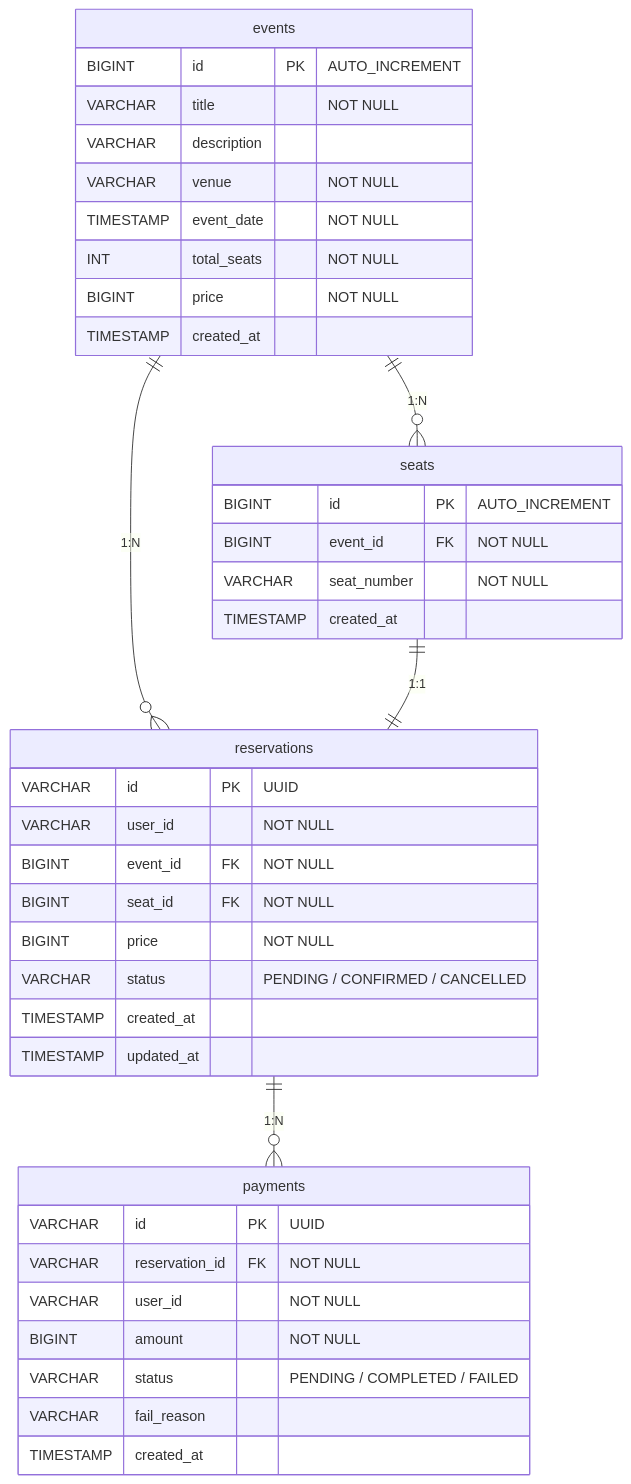
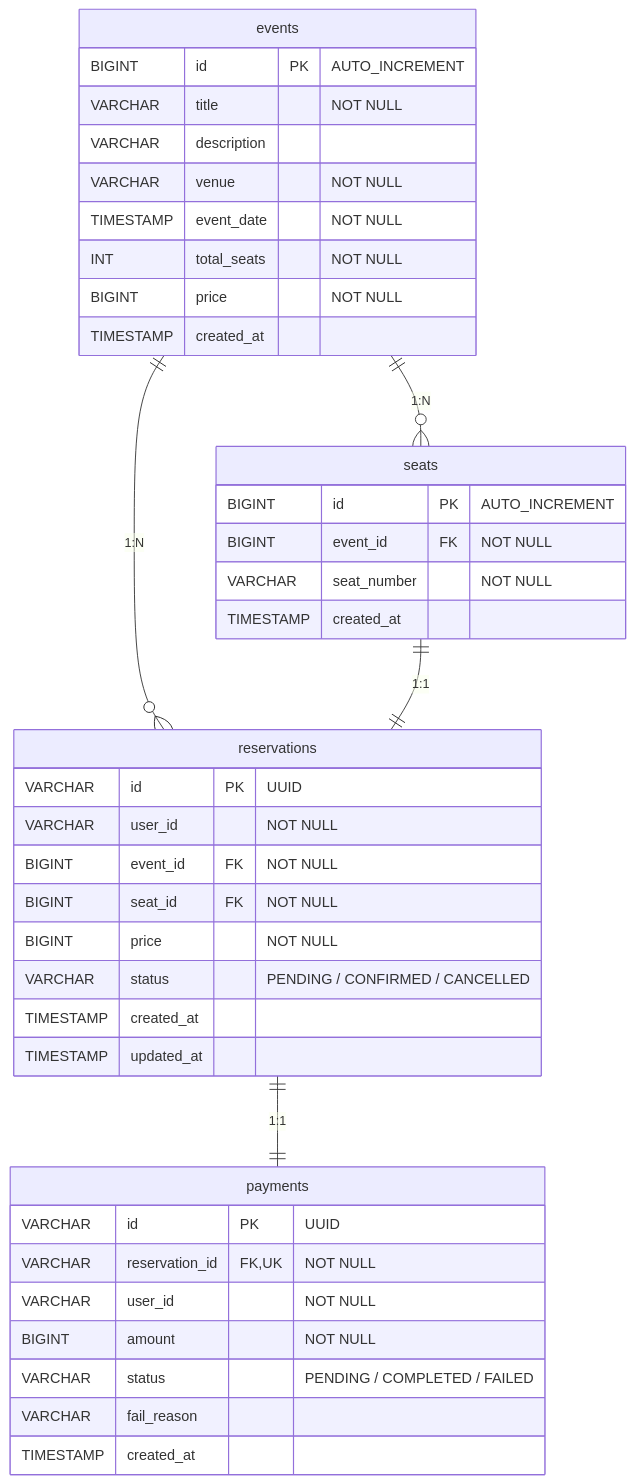
The diagram in docs/erd.mmd (deukyunlee/ticketing-service), drawn with Mermaid before and after one commit. The commit also changed 1 other file, not shown here.

Commit message:
docs: modify ERD

```diff
--- a/docs/erd.mmd
+++ b/docs/erd.mmd
@@ -1,45 +1,45 @@
 erDiagram
     events {
         BIGINT id PK "AUTO_INCREMENT"
         VARCHAR title "NOT NULL"
         VARCHAR description
         VARCHAR venue "NOT NULL"
         TIMESTAMP event_date "NOT NULL"
         INT total_seats "NOT NULL"
         BIGINT price "NOT NULL"
         TIMESTAMP created_at
     }
 
     seats {
         BIGINT id PK "AUTO_INCREMENT"
         BIGINT event_id FK "NOT NULL"
         VARCHAR seat_number "NOT NULL"
         TIMESTAMP created_at
     }
 
     reservations {
         VARCHAR id PK "UUID"
         VARCHAR user_id "NOT NULL"
         BIGINT event_id FK "NOT NULL"
         BIGINT seat_id FK "NOT NULL"
         BIGINT price "NOT NULL"
         VARCHAR status "PENDING / CONFIRMED / CANCELLED"
         TIMESTAMP created_at
         TIMESTAMP updated_at
     }
 
     payments {
         VARCHAR id PK "UUID"
-        VARCHAR reservation_id FK "NOT NULL"
+        VARCHAR reservation_id FK, UK "NOT NULL"
         VARCHAR user_id "NOT NULL"
         BIGINT amount "NOT NULL"
         VARCHAR status "PENDING / COMPLETED / FAILED"
         VARCHAR fail_reason
         TIMESTAMP created_at
     }
 
     %% Relationships
     events ||--o{ seats : "1:N"
     events ||--o{ reservations : "1:N"
     seats ||--|| reservations : "1:1"
-    reservations ||--o{ payments : "1:N"
+    reservations ||--|| payments : "1:1"
```
